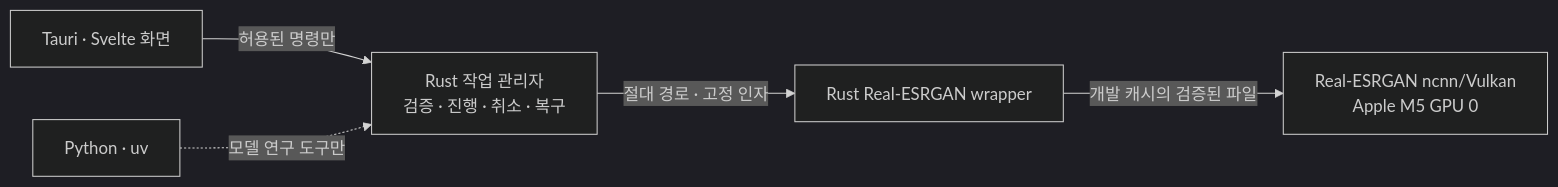
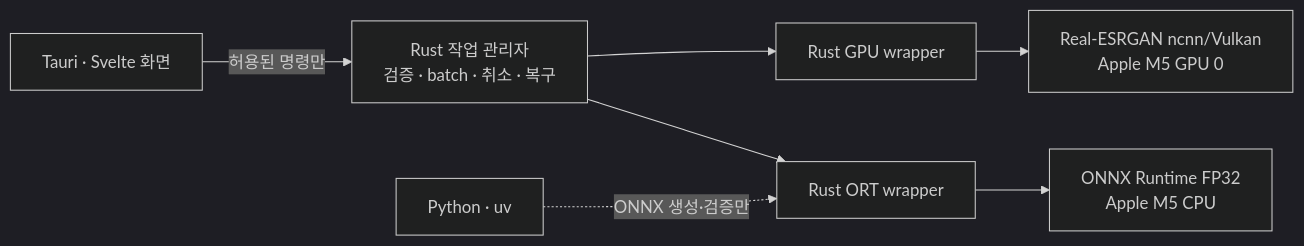
Before and after one commit to zooslab/zoos-upscale: the second of 3 diagrams in README.md, drawn with Mermaid (dark theme). The commit also changed other lines of this file and 2 other files, not shown here.

````diff
--- a/README.md
+++ b/README.md
@@ -67,7 +71,9 @@
 ```mermaid
 flowchart LR
-    UI["Tauri · Svelte 화면"] -->|"허용된 명령만"| CORE["Rust 작업 관리자<br/>검증 · 진행 · 취소 · 복구"]
-    CORE -->|"절대 경로 · 고정 인자"| WRAP["Rust Real-ESRGAN wrapper"]
-    WRAP -->|"개발 캐시의 검증된 파일"| GPU["Real-ESRGAN ncnn/Vulkan<br/>Apple M5 GPU 0"]
-    TOOLS["Python · uv"] -. "모델 연구 도구만" .-> CORE
+    UI["Tauri · Svelte 화면"] -->|"허용된 명령만"| CORE["Rust 작업 관리자<br/>검증 · batch · 취소 · 복구"]
+    CORE --> GPUWRAP["Rust GPU wrapper"]
+    CORE --> CPUWRAP["Rust ORT wrapper"]
+    GPUWRAP --> GPU["Real-ESRGAN ncnn/Vulkan<br/>Apple M5 GPU 0"]
+    CPUWRAP --> CPU["ONNX Runtime FP32<br/>Apple M5 CPU"]
+    TOOLS["Python · uv"] -. "ONNX 생성·검증만" .-> CPUWRAP
 ```
````
